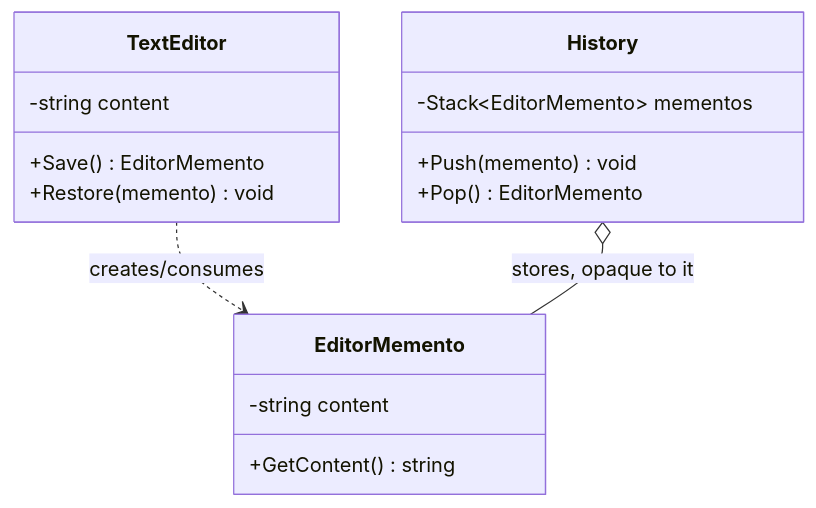
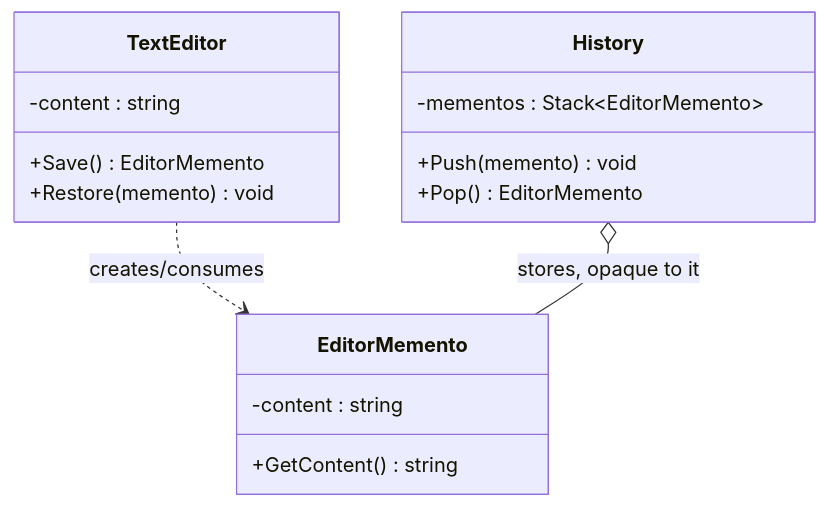
Before and after one commit to tushardongre1990/LLD-Claude: the diagram in 00-Foundations/04-Design-Patterns/Behavioral/Memento/notes.md, drawn with Mermaid. The commit also changed 19 other files, not shown here.

First line of the commit message:
docs(00-Foundations): fix mermaid attribute ordering to name : type

````diff
--- a/00-Foundations/04-Design-Patterns/Behavioral/Memento/notes.md
+++ b/00-Foundations/04-Design-Patterns/Behavioral/Memento/notes.md
@@ -11,19 +11,19 @@
 ```mermaid
 classDiagram
     class TextEditor {
-        -string content
+        -content : string
         +Save() EditorMemento
         +Restore(memento) void
     }
     class EditorMemento {
-        -string content
+        -content : string
         +GetContent() string
     }
     class History {
-        -Stack~EditorMemento~ mementos
+        -mementos : Stack~EditorMemento~
         +Push(memento) void
         +Pop() EditorMemento
     }
     TextEditor ..> EditorMemento : creates/consumes
     History o-- EditorMemento : stores, opaque to it
 ```
````
